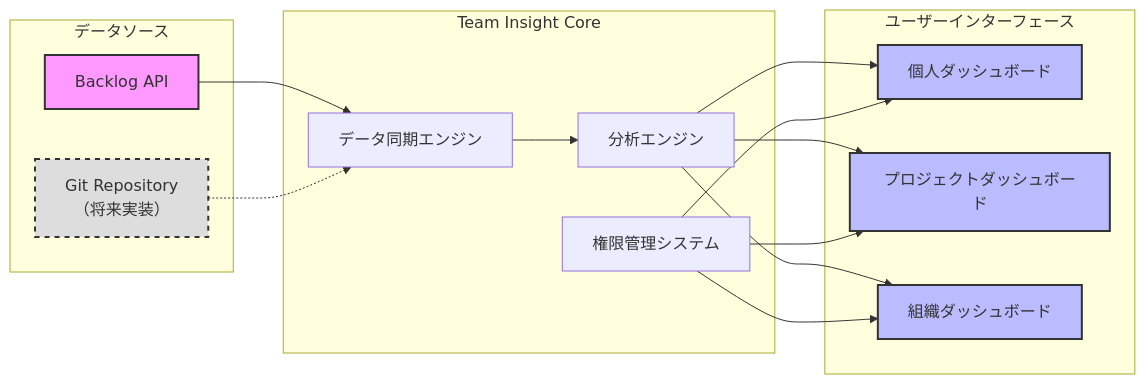
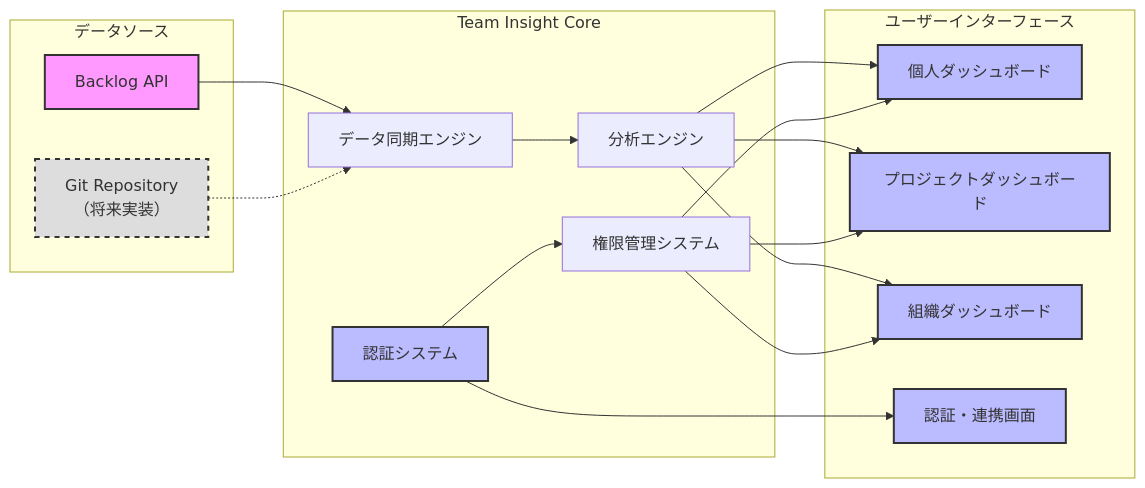
Before and after one commit to rasshii/team-insight: the third of 13 diagrams in Doc/mvp.md, drawn with Mermaid. The commit also changed other lines of this file and 17 other files, not shown here.

````diff
--- a/Doc/mvp.md
+++ b/Doc/mvp.md
@@ -77,35 +86,41 @@
 ```mermaid
 graph LR
     subgraph "データソース"
         A[Backlog API]
         B[Git Repository<br>（将来実装）]
     end
 
     subgraph "Team Insight Core"
         C[データ同期エンジン]
         D[分析エンジン]
         E[権限管理システム]
+        F[認証システム]
     end
 
     subgraph "ユーザーインターフェース"
-        F[個人ダッシュボード]
-        G[プロジェクトダッシュボード]
-        H[組織ダッシュボード]
+        G[個人ダッシュボード]
+        H[プロジェクトダッシュボード]
+        I[組織ダッシュボード]
+        J[認証・連携画面]
     end
 
     A --> C
     B -.-> C
     C --> D
-    D --> F
     D --> G
     D --> H
-    E --> F
+    D --> I
     E --> G
     E --> H
+    E --> I
+    F --> J
+    F --> E
 
     style A fill:#f9f,stroke:#333,stroke-width:2px
     style B fill:#ddd,stroke:#333,stroke-width:2px,stroke-dasharray: 5 5
     style F fill:#bbf,stroke:#333,stroke-width:2px
     style G fill:#bbf,stroke:#333,stroke-width:2px
     style H fill:#bbf,stroke:#333,stroke-width:2px
+    style I fill:#bbf,stroke:#333,stroke-width:2px
+    style J fill:#bbf,stroke:#333,stroke-width:2px
 ```
````
